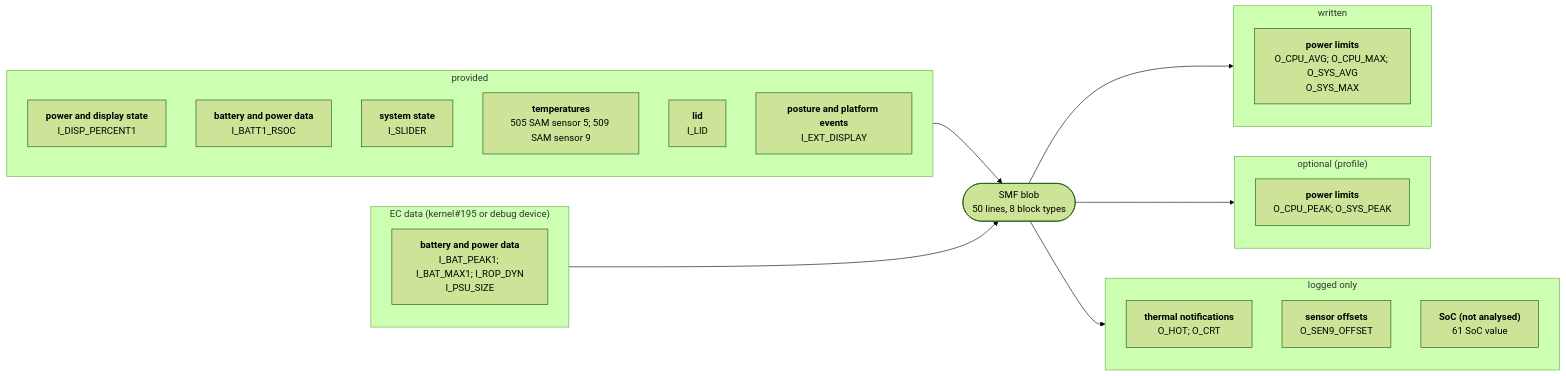
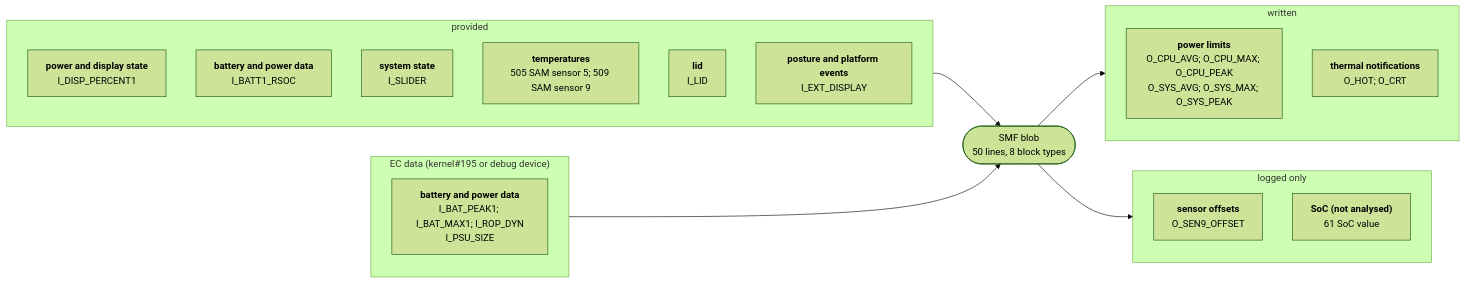
One commit to larsschellhas/linux-surface-power changed the diagram in docs/devices/surface-laptop-go.md. Above: the diagram before and after it, drawn with Mermaid (forest theme). The commit also changed other lines of this file and 53 other files, not shown here.

First line of the commit message:
Write PL3, PL4 and the thermal-policy requests; control only with every output written

````diff
--- a/docs/devices/surface-laptop-go.md
+++ b/docs/devices/surface-laptop-go.md
@@ -19,31 +19,27 @@
 ```mermaid
 flowchart LR
     subgraph IN0["provided"]
         I0_1FB53D4C["<b>power and display state</b><br/>I_DISP_PERCENT1"]
         I0_28B7BD85["<b>battery and power data</b><br/>I_BATT1_RSOC"]
         I0_2DD6960F["<b>system state</b><br/>I_SLIDER"]
         I0_2E8B14C2["<b>temperatures</b><br/>505 SAM sensor 5; 509 SAM sensor 9"]
         I0_5D0EE597["<b>lid</b><br/>I_LID"]
         I0_8060B17F["<b>posture and platform events</b><br/>I_EXT_DISPLAY"]
     end
     IN0 --> B
     subgraph IN1["EC data (kernel#195 or debug device)"]
         I1_28B7BD85["<b>battery and power data</b><br/>I_BAT_PEAK1; I_BAT_MAX1; I_ROP_DYN<br/>I_PSU_SIZE"]
     end
     IN1 --> B
     B(["SMF blob<br/>50 lines, 8 block types"])
     subgraph OUT0["written"]
-        O0_0B7B5350["<b>power limits</b><br/>O_CPU_AVG; O_CPU_MAX; O_SYS_AVG<br/>O_SYS_MAX"]
+        O0_0B7B5350["<b>power limits</b><br/>O_CPU_AVG; O_CPU_MAX; O_CPU_PEAK<br/>O_SYS_AVG; O_SYS_MAX; O_SYS_PEAK"]
+        O0_110DF2A4["<b>thermal notifications</b><br/>O_HOT; O_CRT"]
     end
     B --> OUT0
-    subgraph OUT1["optional (profile)"]
-        O1_0B7B5350["<b>power limits</b><br/>O_CPU_PEAK; O_SYS_PEAK"]
+    subgraph OUT1["logged only"]
+        O1_A79674B4["<b>sensor offsets</b><br/>O_SEN9_OFFSET"]
+        O1_CF2F6076["<b>SoC (not analysed)</b><br/>61 SoC value"]
     end
     B --> OUT1
-    subgraph OUT2["logged only"]
-        O2_110DF2A4["<b>thermal notifications</b><br/>O_HOT; O_CRT"]
-        O2_A79674B4["<b>sensor offsets</b><br/>O_SEN9_OFFSET"]
-        O2_CF2F6076["<b>SoC (not analysed)</b><br/>61 SoC value"]
-    end
-    B --> OUT2
 ```
````
